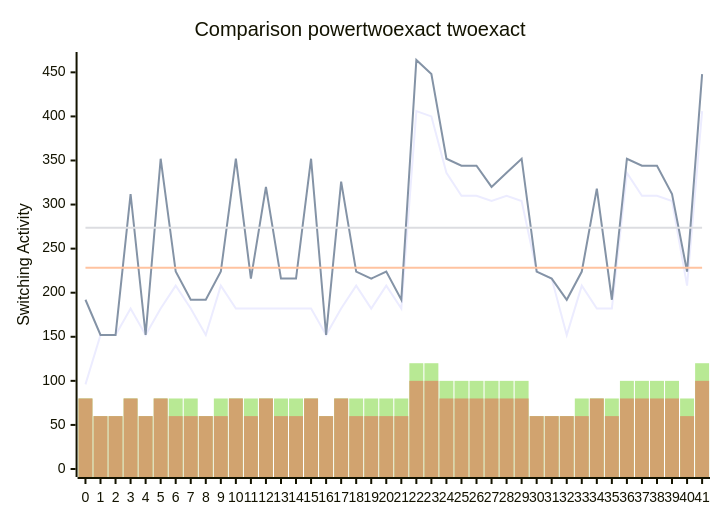
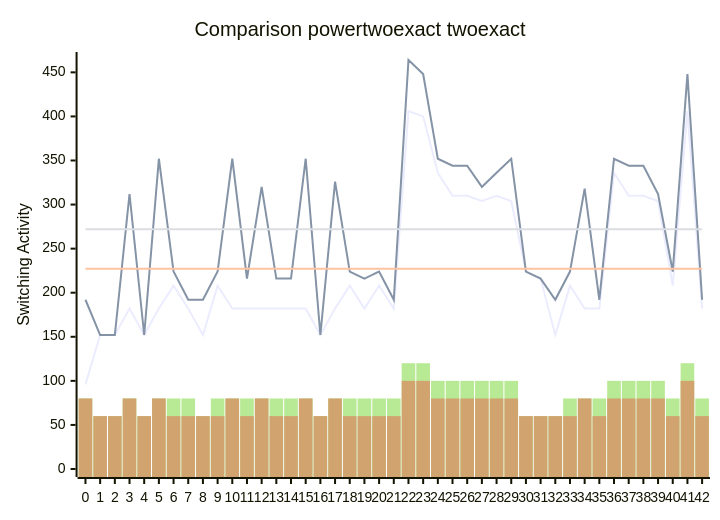
The diagram in benchmark.md (FeldmeierMichael/Exact-Power-Synthesis), drawn with Mermaid before and after one commit. The commit also changed other lines of this file and 2 other files, not shown here.

````diff
--- a/benchmark.md
+++ b/benchmark.md
@@ -85,12 +87,12 @@
 ```mermaid
 xychart-beta
     title "Comparison powertwoexact twoexact"
-    x-axis [0, 1, 2, 3, 4, 5, 6, 7, 8, 9, 10, 11, 12, 13, 14, 15, 16, 17, 18, 19, 20, 21, 22, 23, 24, 25, 26, 27, 28, 29, 30, 31, 32, 33, 34, 35, 36, 37, 38, 39, 40, 41]
+    x-axis [0, 1, 2, 3, 4, 5, 6, 7, 8, 9, 10, 11, 12, 13, 14, 15, 16, 17, 18, 19, 20, 21, 22, 23, 24, 25, 26, 27, 28, 29, 30, 31, 32, 33, 34, 35, 36, 37, 38, 39, 40, 41, 42]
     y-axis "Switching Activity" 0-->464
-    line [96, 152, 152, 182, 152, 182, 208, 182, 152, 208, 182, 182, 182, 182, 182, 182, 152, 182, 208, 182, 208, 182, 406, 400, 336, 310, 310, 304, 310, 304, 224, 216, 152, 208, 182, 182, 336, 310, 310, 304, 208, 406]
-    line [192, 152, 152, 312, 152, 352, 224, 192, 192, 224, 352, 216, 320, 216, 216, 352, 152, 326, 224, 216, 224, 192, 464, 448, 352, 344, 344, 320, 336, 352, 224, 216, 192, 224, 318, 192, 352, 344, 344, 312, 224, 448]
-    line [228.33333333333334, 228.33333333333334, 228.33333333333334, 228.33333333333334, 228.33333333333334, 228.33333333333334, 228.33333333333334, 228.33333333333334, 228.33333333333334, 228.33333333333334, 228.33333333333334, 228.33333333333334, 228.33333333333334, 228.33333333333334, 228.33333333333334, 228.33333333333334, 228.33333333333334, 228.33333333333334, 228.33333333333334, 228.33333333333334, 228.33333333333334, 228.33333333333334, 228.33333333333334, 228.33333333333334, 228.33333333333334, 228.33333333333334, 228.33333333333334, 228.33333333333334, 228.33333333333334, 228.33333333333334, 228.33333333333334, 228.33333333333334, 228.33333333333334, 228.33333333333334, 228.33333333333334, 228.33333333333334, 228.33333333333334, 228.33333333333334, 228.33333333333334, 228.33333333333334, 228.33333333333334, 228.33333333333334]
-    line [273.8095238095238, 273.8095238095238, 273.8095238095238, 273.8095238095238, 273.8095238095238, 273.8095238095238, 273.8095238095238, 273.8095238095238, 273.8095238095238, 273.8095238095238, 273.8095238095238, 273.8095238095238, 273.8095238095238, 273.8095238095238, 273.8095238095238, 273.8095238095238, 273.8095238095238, 273.8095238095238, 273.8095238095238, 273.8095238095238, 273.8095238095238, 273.8095238095238, 273.8095238095238, 273.8095238095238, 273.8095238095238, 273.8095238095238, 273.8095238095238, 273.8095238095238, 273.8095238095238, 273.8095238095238, 273.8095238095238, 273.8095238095238, 273.8095238095238, 273.8095238095238, 273.8095238095238, 273.8095238095238, 273.8095238095238, 273.8095238095238, 273.8095238095238, 273.8095238095238, 273.8095238095238, 273.8095238095238]
-    bar [80, 60, 60, 80, 60, 80, 80, 80, 60, 80, 80, 80, 80, 80, 80, 80, 60, 80, 80, 80, 80, 80, 120, 120, 100, 100, 100, 100, 100, 100, 60, 60, 60, 80, 80, 80, 100, 100, 100, 100, 80, 120]
-    bar [80, 60, 60, 80, 60, 80, 60, 60, 60, 60, 80, 60, 80, 60, 60, 80, 60, 80, 60, 60, 60, 60, 100, 100, 80, 80, 80, 80, 80, 80, 60, 60, 60, 60, 80, 60, 80, 80, 80, 80, 60, 100]
+    line [96, 152, 152, 182, 152, 182, 208, 182, 152, 208, 182, 182, 182, 182, 182, 182, 152, 182, 208, 182, 208, 182, 406, 400, 336, 310, 310, 304, 310, 304, 224, 216, 152, 208, 182, 182, 336, 310, 310, 304, 208, 406, 182]
+    line [192, 152, 152, 312, 152, 352, 224, 192, 192, 224, 352, 216, 320, 216, 216, 352, 152, 326, 224, 216, 224, 192, 464, 448, 352, 344, 344, 320, 336, 352, 224, 216, 192, 224, 318, 192, 352, 344, 344, 312, 224, 448, 192]
+    line [227.25581395348837, 227.25581395348837, 227.25581395348837, 227.25581395348837, 227.25581395348837, 227.25581395348837, 227.25581395348837, 227.25581395348837, 227.25581395348837, 227.25581395348837, 227.25581395348837, 227.25581395348837, 227.25581395348837, 227.25581395348837, 227.25581395348837, 227.25581395348837, 227.25581395348837, 227.25581395348837, 227.25581395348837, 227.25581395348837, 227.25581395348837, 227.25581395348837, 227.25581395348837, 227.25581395348837, 227.25581395348837, 227.25581395348837, 227.25581395348837, 227.25581395348837, 227.25581395348837, 227.25581395348837, 227.25581395348837, 227.25581395348837, 227.25581395348837, 227.25581395348837, 227.25581395348837, 227.25581395348837, 227.25581395348837, 227.25581395348837, 227.25581395348837, 227.25581395348837, 227.25581395348837, 227.25581395348837, 227.25581395348837]
+    line [271.90697674418607, 271.90697674418607, 271.90697674418607, 271.90697674418607, 271.90697674418607, 271.90697674418607, 271.90697674418607, 271.90697674418607, 271.90697674418607, 271.90697674418607, 271.90697674418607, 271.90697674418607, 271.90697674418607, 271.90697674418607, 271.90697674418607, 271.90697674418607, 271.90697674418607, 271.90697674418607, 271.90697674418607, 271.90697674418607, 271.90697674418607, 271.90697674418607, 271.90697674418607, 271.90697674418607, 271.90697674418607, 271.90697674418607, 271.90697674418607, 271.90697674418607, 271.90697674418607, 271.90697674418607, 271.90697674418607, 271.90697674418607, 271.90697674418607, 271.90697674418607, 271.90697674418607, 271.90697674418607, 271.90697674418607, 271.90697674418607, 271.90697674418607, 271.90697674418607, 271.90697674418607, 271.90697674418607, 271.90697674418607]
+    bar [80, 60, 60, 80, 60, 80, 80, 80, 60, 80, 80, 80, 80, 80, 80, 80, 60, 80, 80, 80, 80, 80, 120, 120, 100, 100, 100, 100, 100, 100, 60, 60, 60, 80, 80, 80, 100, 100, 100, 100, 80, 120, 80]
+    bar [80, 60, 60, 80, 60, 80, 60, 60, 60, 60, 80, 60, 80, 60, 60, 80, 60, 80, 60, 60, 60, 60, 100, 100, 80, 80, 80, 80, 80, 80, 60, 60, 60, 60, 80, 60, 80, 80, 80, 80, 60, 100, 60]
 ```
````
